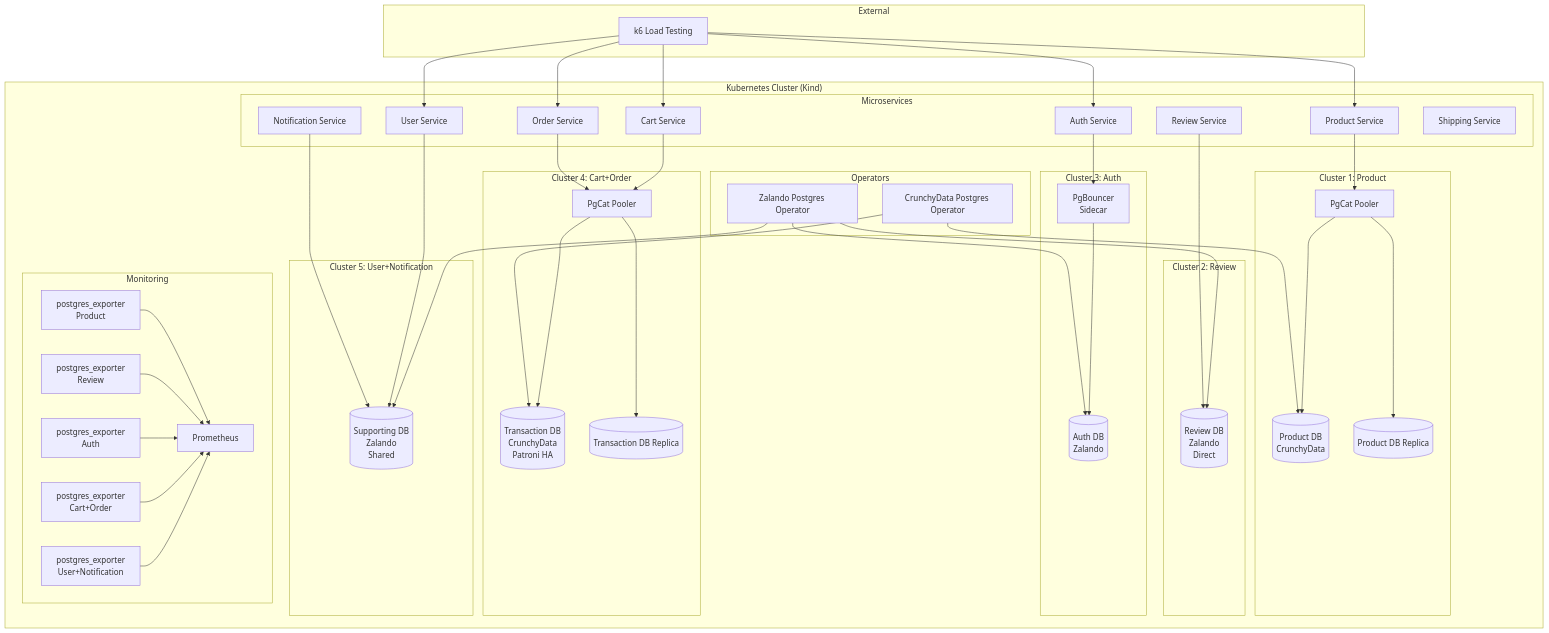
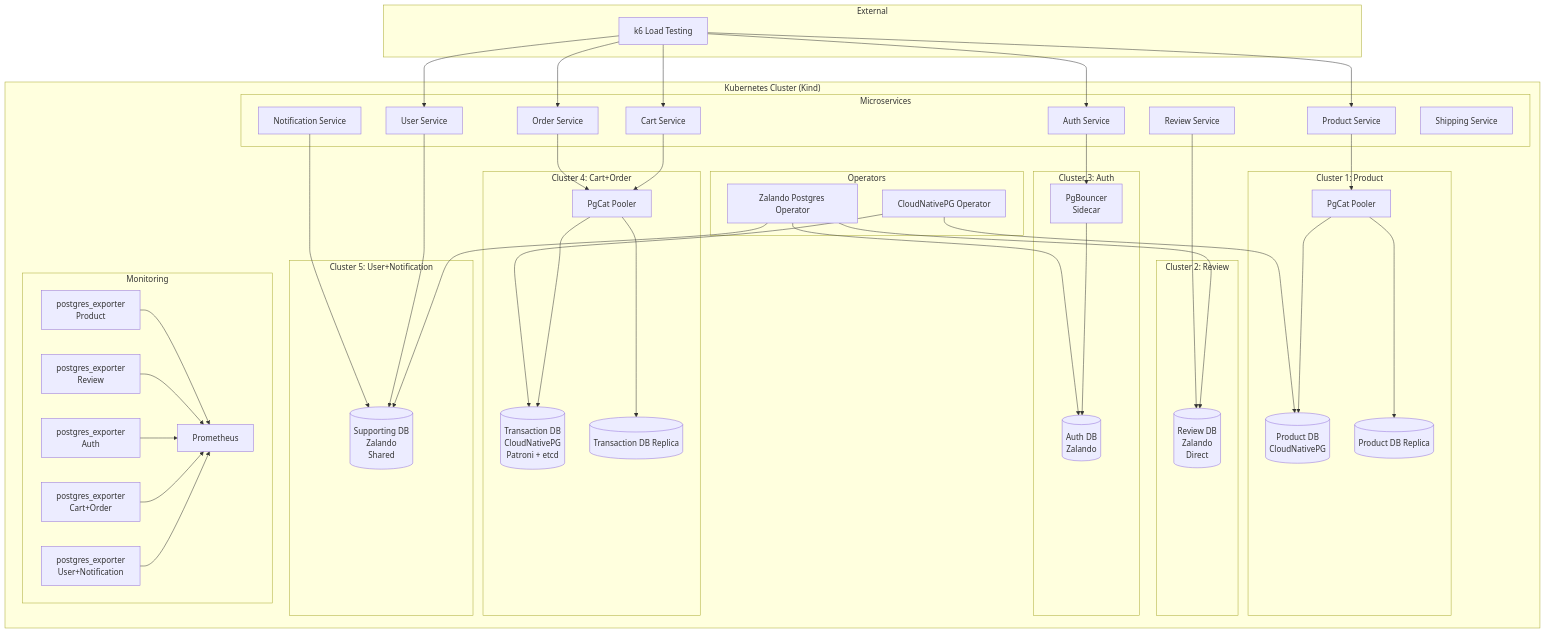
Before and after one commit to duynhlab/homelab: the third of 3 diagrams in specs/active/postgres-database-integration/plan.md, drawn with Mermaid. The commit also changed other lines of this file and 13 other files, not shown here.

```diff
--- a/specs/active/postgres-database-integration/plan.md
+++ b/specs/active/postgres-database-integration/plan.md
@@ -111,11 +121,11 @@
     subgraph "Kubernetes Cluster (Kind)"
         subgraph "Operators"
             ZO[Zalando Postgres Operator]
-            CO[CrunchyData Postgres Operator]
+            CNPG[CloudNativePG Operator]
         end
         
         subgraph "Cluster 1: Product"
-            PDB[(Product DB<br/>CrunchyData)]
+            PDB[(Product DB<br/>CloudNativePG)]
             PDBR[(Product DB Replica)]
             PCAT[PgCat Pooler]
             PCAT --> PDB
@@ -133,7 +143,7 @@
         end
         
         subgraph "Cluster 4: Cart+Order"
-            TDB[(Transaction DB<br/>CrunchyData<br/>Patroni HA)]
+            TDB[(Transaction DB<br/>CloudNativePG<br/>Patroni + etcd)]
             TDBR[(Transaction DB Replica)]
             TCAT[PgCat Pooler]
             TCAT --> TDB
@@ -172,8 +182,8 @@
         ZO --> RDB
         ZO --> ADB
         ZO --> SDB
-        CO --> PDB
-        CO --> TDB
+        CNPG --> PDB
+        CNPG --> TDB
         
         AUTH_SVC --> PB
         USER_SVC --> SDB
```
